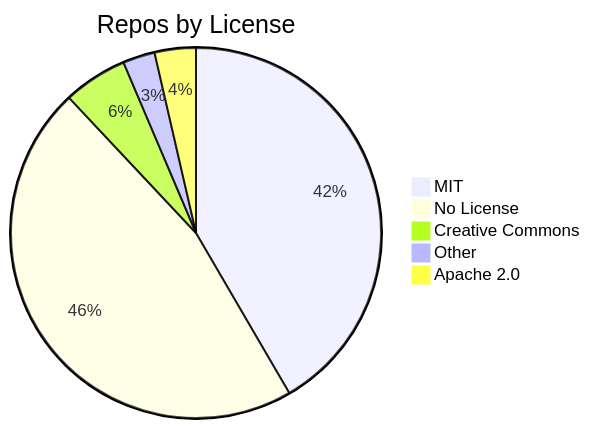
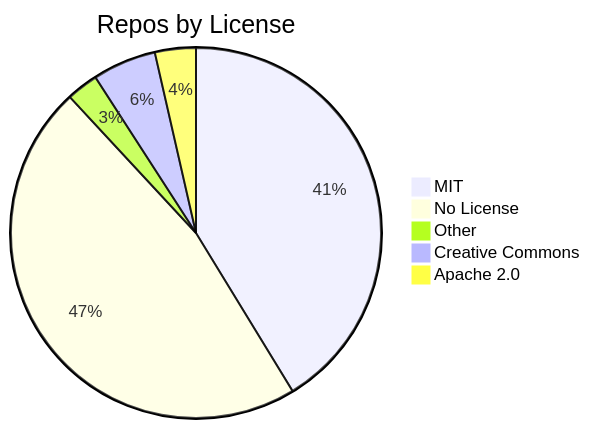
One commit to jpatterson933/awesome-mcp-server-repo-index changed the diagram in README.md. Above: the diagram before and after it, drawn with Mermaid. The commit also changed other lines of this file and 3 other files, not shown here.

````diff
--- a/README.md
+++ b/README.md
@@ -29,8 +29,8 @@
 ```mermaid
 pie title Repos by License
     "MIT" : 104
-    "No License" : 116
+    "No License" : 118
+    "Other" : 7
     "Creative Commons" : 14
-    "Other" : 7
     "Apache 2.0" : 9
 ```
````
